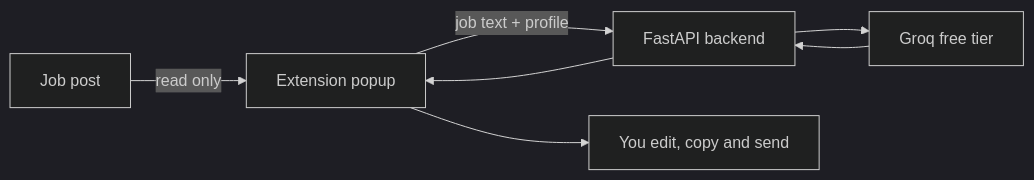
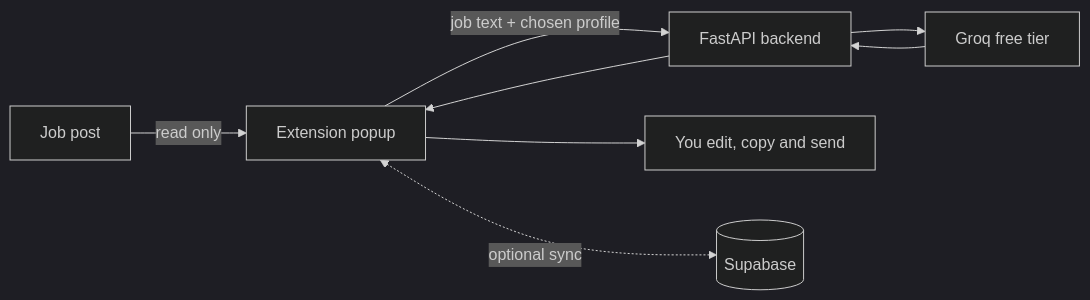
The diagram in README.md (shayan9689/Browser-extension-for-freelancers), drawn with Mermaid (dark theme) before and after one commit. The commit also changed other lines of this file and 3 other files, not shown here.

````diff
--- a/README.md
+++ b/README.md
@@ -41,8 +46,9 @@
 ```mermaid
 flowchart LR
   Page[Job post] -->|read only| Ext[Extension popup]
-  Ext -->|job text + profile| API[FastAPI backend]
+  Ext -->|job text + chosen profile| API[FastAPI backend]
   API --> LLM[Groq free tier]
   LLM --> API --> Ext
   Ext --> You[You edit, copy and send]
+  Ext <-.->|optional sync| DB[(Supabase)]
 ```
````
